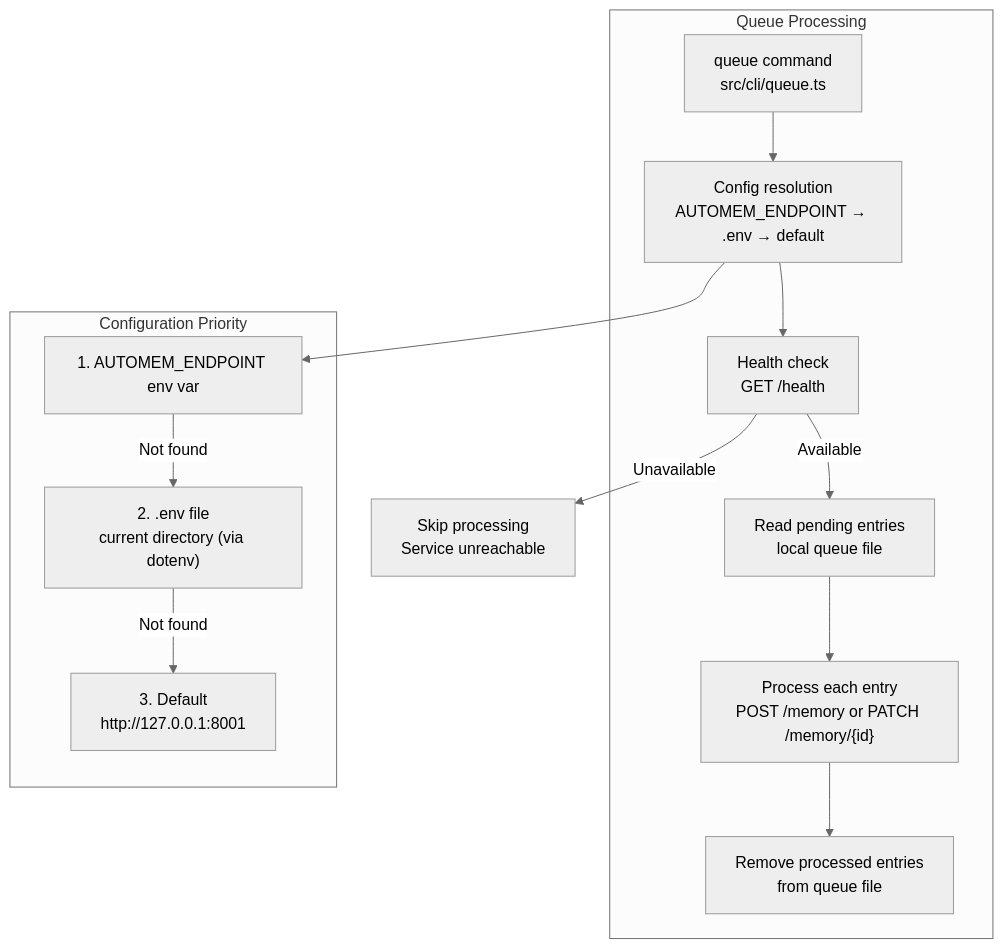
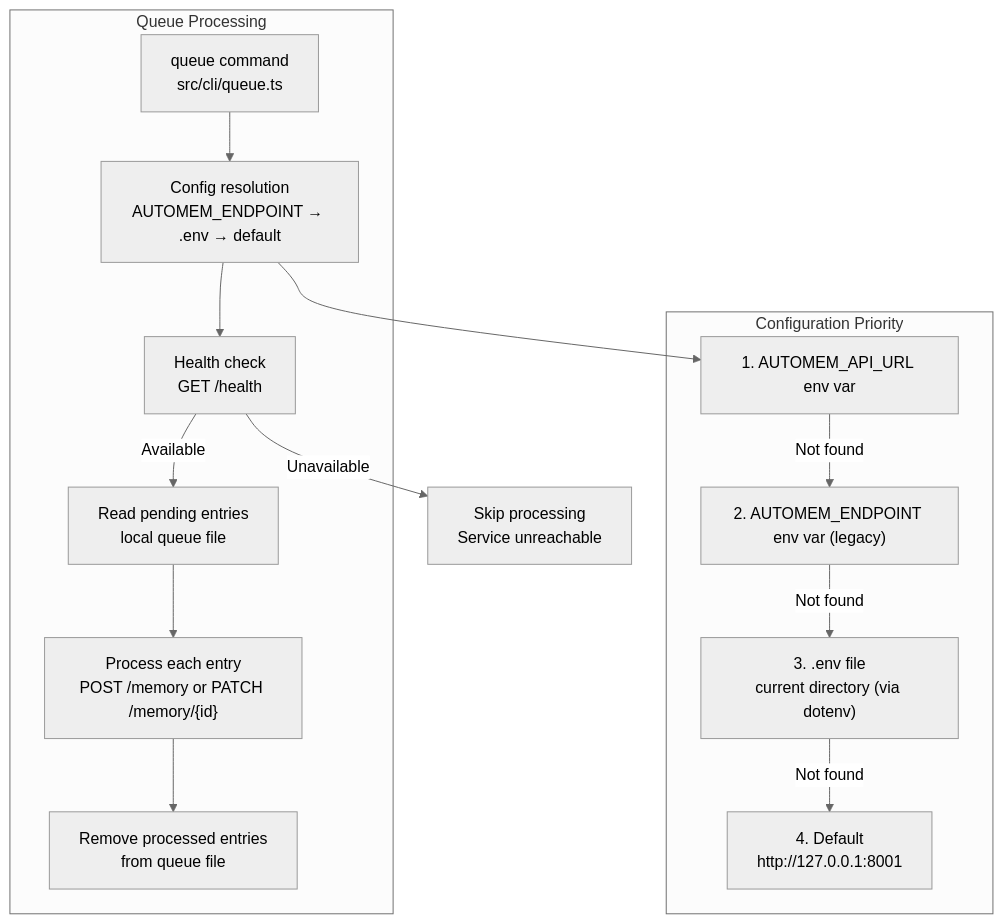
Before and after one commit to verygoodplugins/automem-website: the fourth of 4 diagrams in src/content/docs/docs/cli/queue.md, drawn with Mermaid (neutral theme). The commit also changed other lines of this file, not shown here.

````diff
--- a/src/content/docs/docs/cli/queue.md
+++ b/src/content/docs/docs/cli/queue.md
@@ -321,28 +322,30 @@
 ```mermaid
 graph TB
     subgraph "Queue Processing"
         QueueCmd["queue command<br/>src/cli/queue.ts"]
         ConfigResolve["Config resolution<br/>AUTOMEM_ENDPOINT → .env → default"]
         HealthCheck["Health check<br/>GET /health"]
         QueueEntries["Read pending entries<br/>local queue file"]
         ProcessEntry["Process each entry<br/>POST /memory or PATCH /memory/{id}"]
         Cleanup["Remove processed entries<br/>from queue file"]
     end
 
     subgraph "Configuration Priority"
-        EnvVars["1. AUTOMEM_ENDPOINT env var"]
-        EnvFile["2. .env file<br/>current directory (via dotenv)"]
-        Default["3. Default<br/>http://127.0.0.1:8001"]
+        EnvVars["1. AUTOMEM_API_URL env var"]
+        EnvVarsLegacy["2. AUTOMEM_ENDPOINT env var (legacy)"]
+        EnvFile["3. .env file<br/>current directory (via dotenv)"]
+        Default["4. Default<br/>http://127.0.0.1:8001"]
     end
 
     QueueCmd --> ConfigResolve
     ConfigResolve --> EnvVars
-    EnvVars -->|Not found| EnvFile
+    EnvVars -->|Not found| EnvVarsLegacy
+    EnvVarsLegacy -->|Not found| EnvFile
     EnvFile -->|Not found| Default
 
     ConfigResolve --> HealthCheck
     HealthCheck -->|Available| QueueEntries
     HealthCheck -->|Unavailable| Skip["Skip processing<br/>Service unreachable"]
     QueueEntries --> ProcessEntry
     ProcessEntry --> Cleanup
 ```
````
